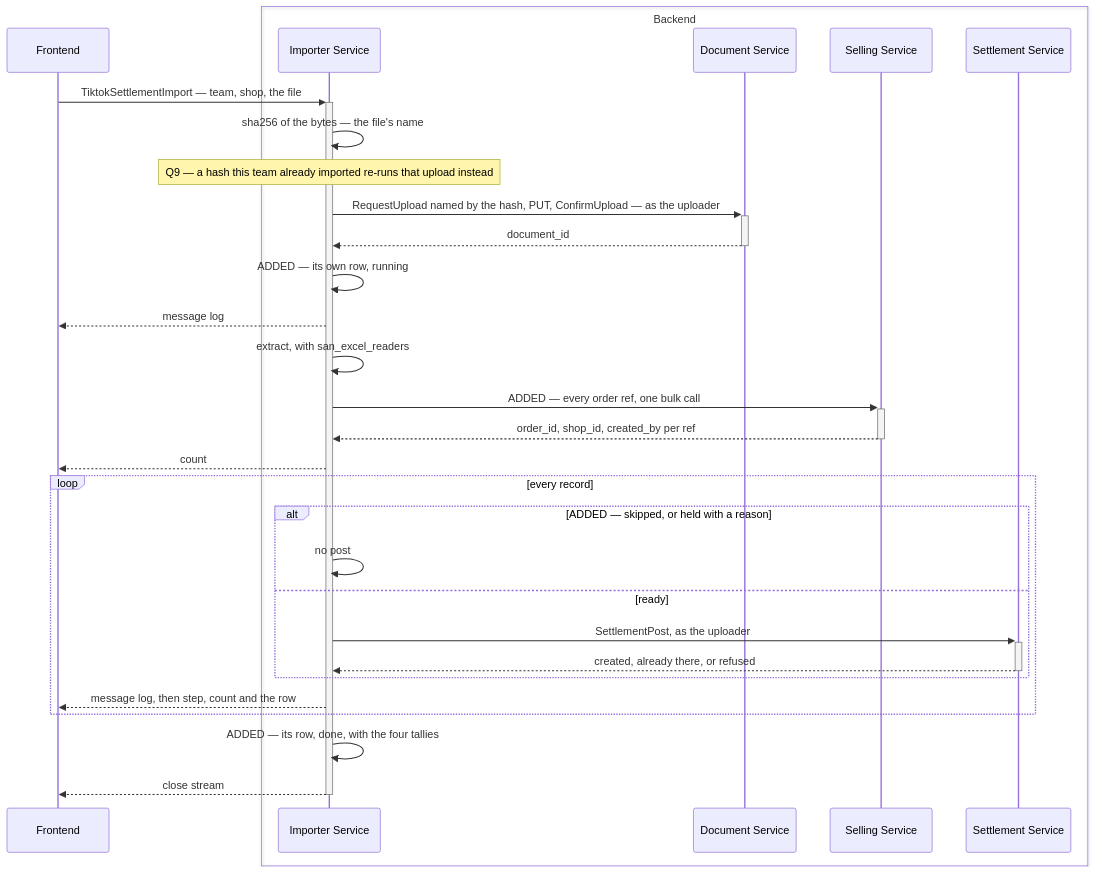
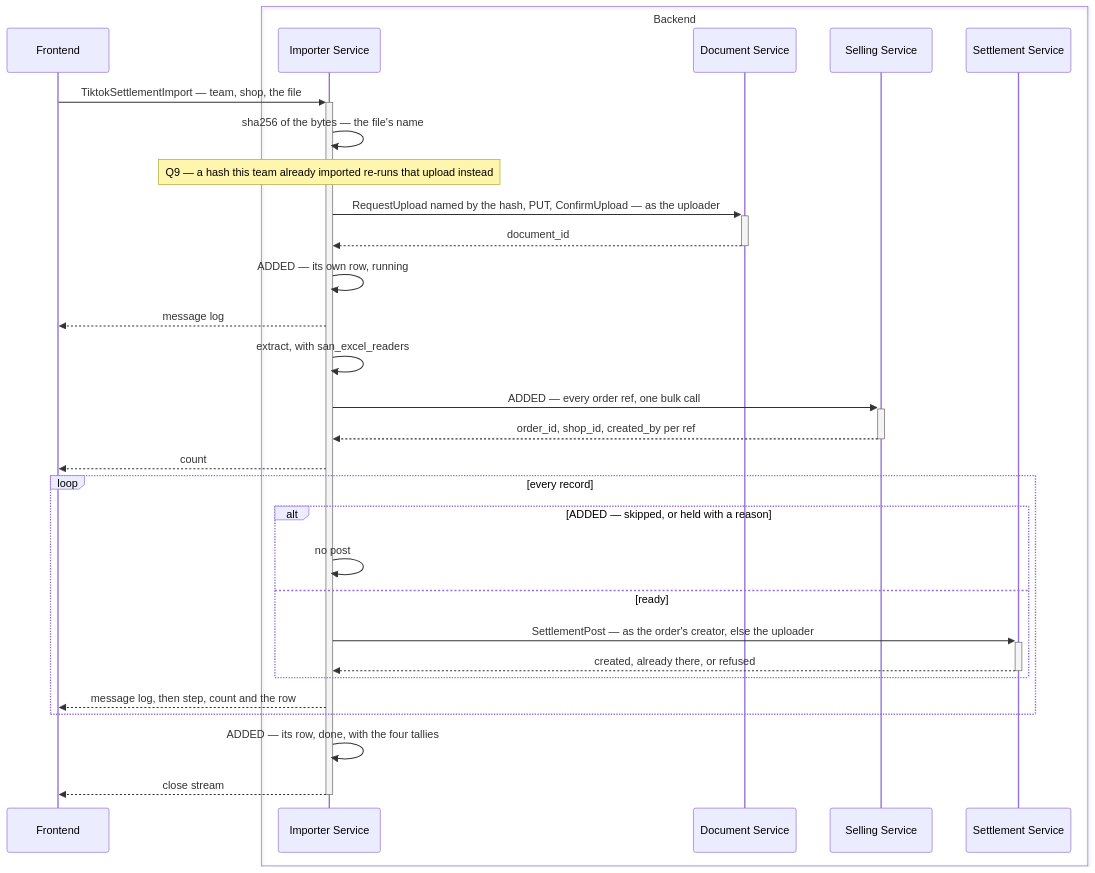
The third of 8 diagrams in docs/business/settlement/settlement_importer_clarify.md (pdcgo/warehouse_revamp), drawn with Mermaid before and after one commit. The commit also changed other lines of this file and 6 other files, not shown here.

First line of the commit message:
settlement: record an-imported-row-names-its-orders-creator-else-the-uploader

````diff
--- a/docs/business/settlement/settlement_importer_clarify.md
+++ b/docs/business/settlement/settlement_importer_clarify.md
@@ -101,32 +102,32 @@
 ```mermaid
 sequenceDiagram
     participant fe as Frontend
     box Backend
         participant import as Importer Service
         participant doc as Document Service
         participant sell as Selling Service
         participant settle as Settlement Service
     end
     fe->>+import: TiktokSettlementImport — team, shop, the file
     import->>import: sha256 of the bytes — the file's name
     Note over import: Q9 — a hash this team already imported re-runs that upload instead
     import->>+doc: RequestUpload named by the hash, PUT, ConfirmUpload — as the uploader
     doc-->>-import: document_id
     import->>import: ADDED — its own row, running
     import-->>fe: message log
     import->>import: extract, with san_excel_readers
     import->>+sell: ADDED — every order ref, one bulk call
     sell-->>-import: order_id, shop_id, created_by per ref
     import-->>fe: count
     loop every record
         alt ADDED — skipped, or held with a reason
             import->>import: no post
         else ready
-            import->>+settle: SettlementPost, as the uploader
+            import->>+settle: SettlementPost — as the order's creator, else the uploader
             settle-->>-import: created, already there, or refused
         end
         import-->>fe: message log, then step, count and the row
     end
     import->>import: ADDED — its row, done, with the four tallies
     import-->>-fe: close stream
 ```
````
